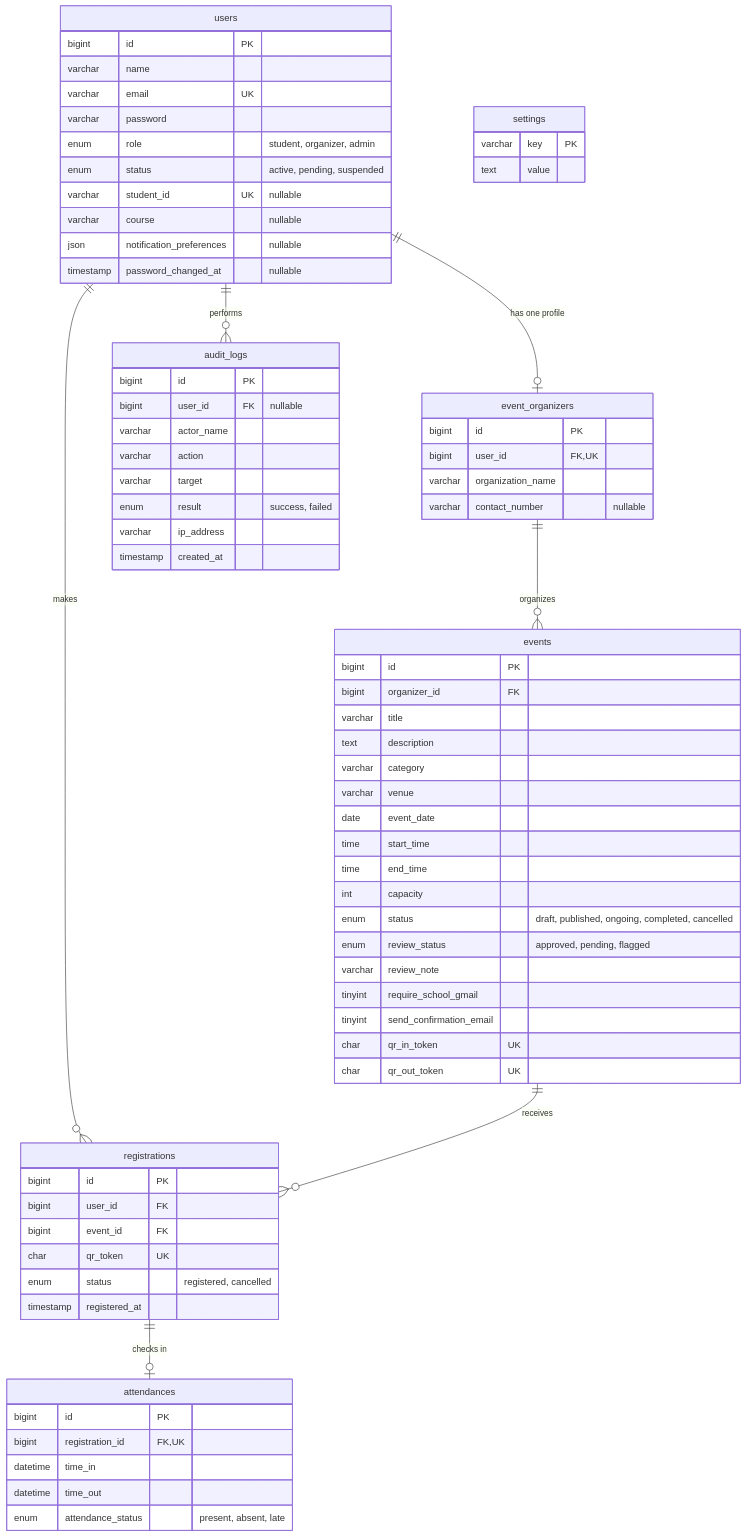
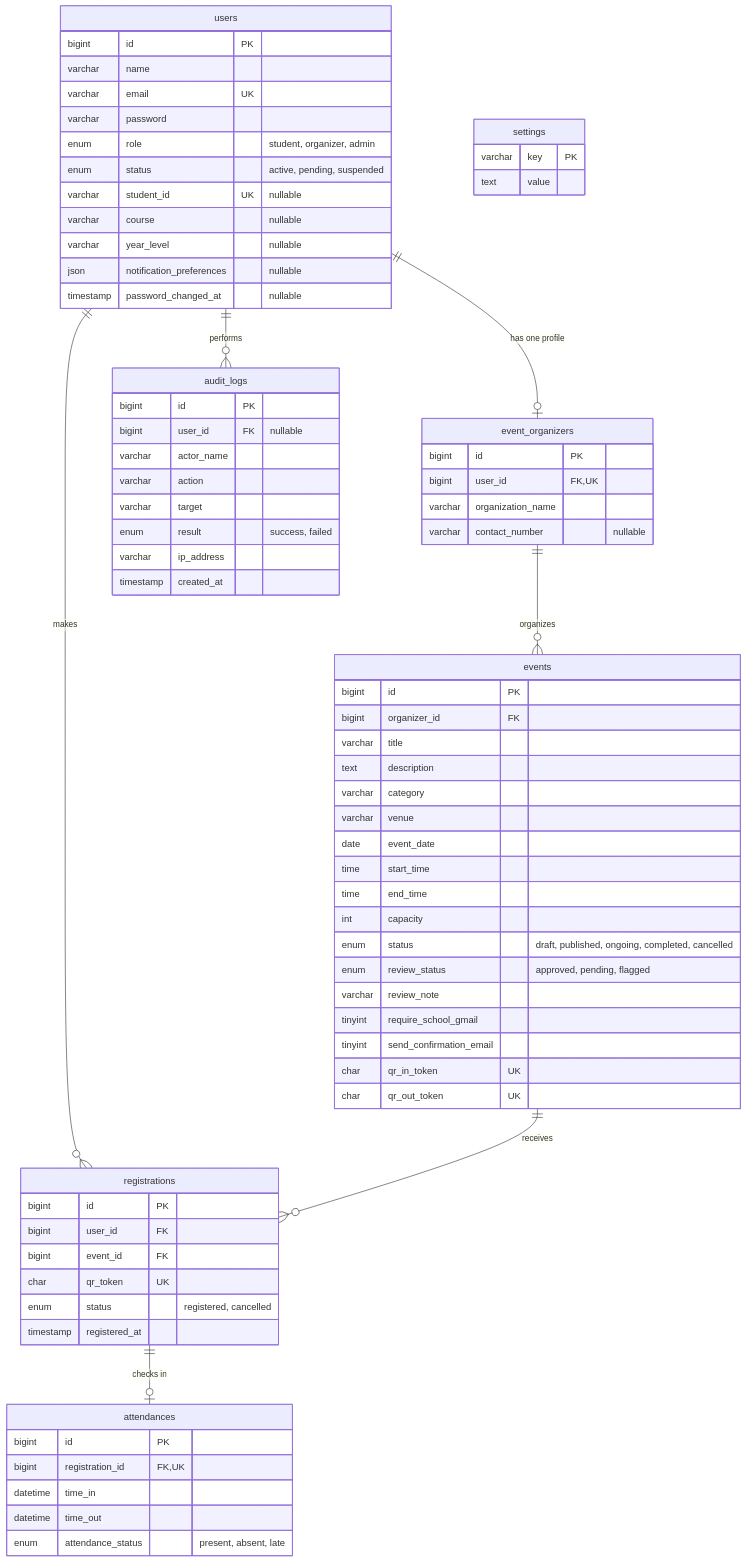
Before and after one commit to khanedith13/attendly: the diagram in docs/database/schema-decisions.md, drawn with Mermaid. The commit also changed other lines of this file, not shown here.

Commit message:
Add year_level field to users table for student profile and attendance details

````diff
--- a/docs/database/schema-decisions.md
+++ b/docs/database/schema-decisions.md
@@ -10,76 +10,77 @@
 ```mermaid
 erDiagram
     users ||--o| event_organizers : "has one profile"
     event_organizers ||--o{ events : organizes
     users ||--o{ registrations : makes
     events ||--o{ registrations : receives
     registrations ||--o| attendances : "checks in"
     users ||--o{ audit_logs : performs
 
     users {
         bigint id PK
         varchar name
         varchar email UK
         varchar password
         enum role "student, organizer, admin"
         enum status "active, pending, suspended"
         varchar student_id UK "nullable"
         varchar course "nullable"
+        varchar year_level "nullable"
         json notification_preferences "nullable"
         timestamp password_changed_at "nullable"
     }
     event_organizers {
         bigint id PK
         bigint user_id FK, UK
         varchar organization_name
         varchar contact_number "nullable"
     }
     events {
         bigint id PK
         bigint organizer_id FK
         varchar title
         text description
         varchar category
         varchar venue
         date event_date
         time start_time
         time end_time
         int capacity
         enum status "draft, published, ongoing, completed, cancelled"
         enum review_status "approved, pending, flagged"
         varchar review_note
         tinyint require_school_gmail
         tinyint send_confirmation_email
         char qr_in_token UK
         char qr_out_token UK
     }
     registrations {
         bigint id PK
         bigint user_id FK
         bigint event_id FK
         char qr_token UK
         enum status "registered, cancelled"
         timestamp registered_at
     }
     attendances {
         bigint id PK
         bigint registration_id FK, UK
         datetime time_in
         datetime time_out
         enum attendance_status "present, absent, late"
     }
     settings {
         varchar key PK
         text value
     }
     audit_logs {
         bigint id PK
         bigint user_id FK "nullable"
         varchar actor_name
         varchar action
         varchar target
         enum result "success, failed"
         varchar ip_address
         timestamp created_at
     }
 ```
````
